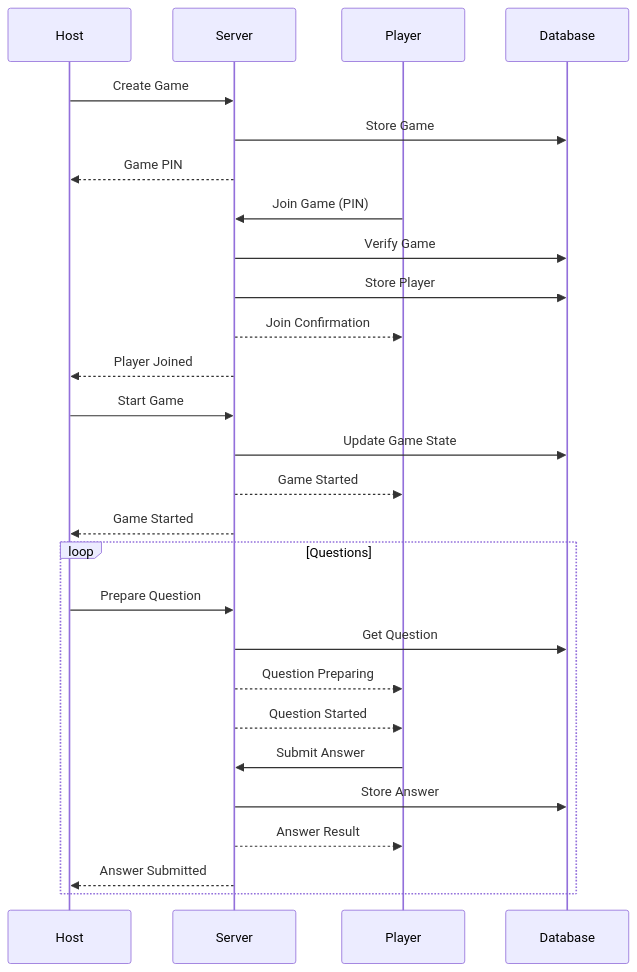
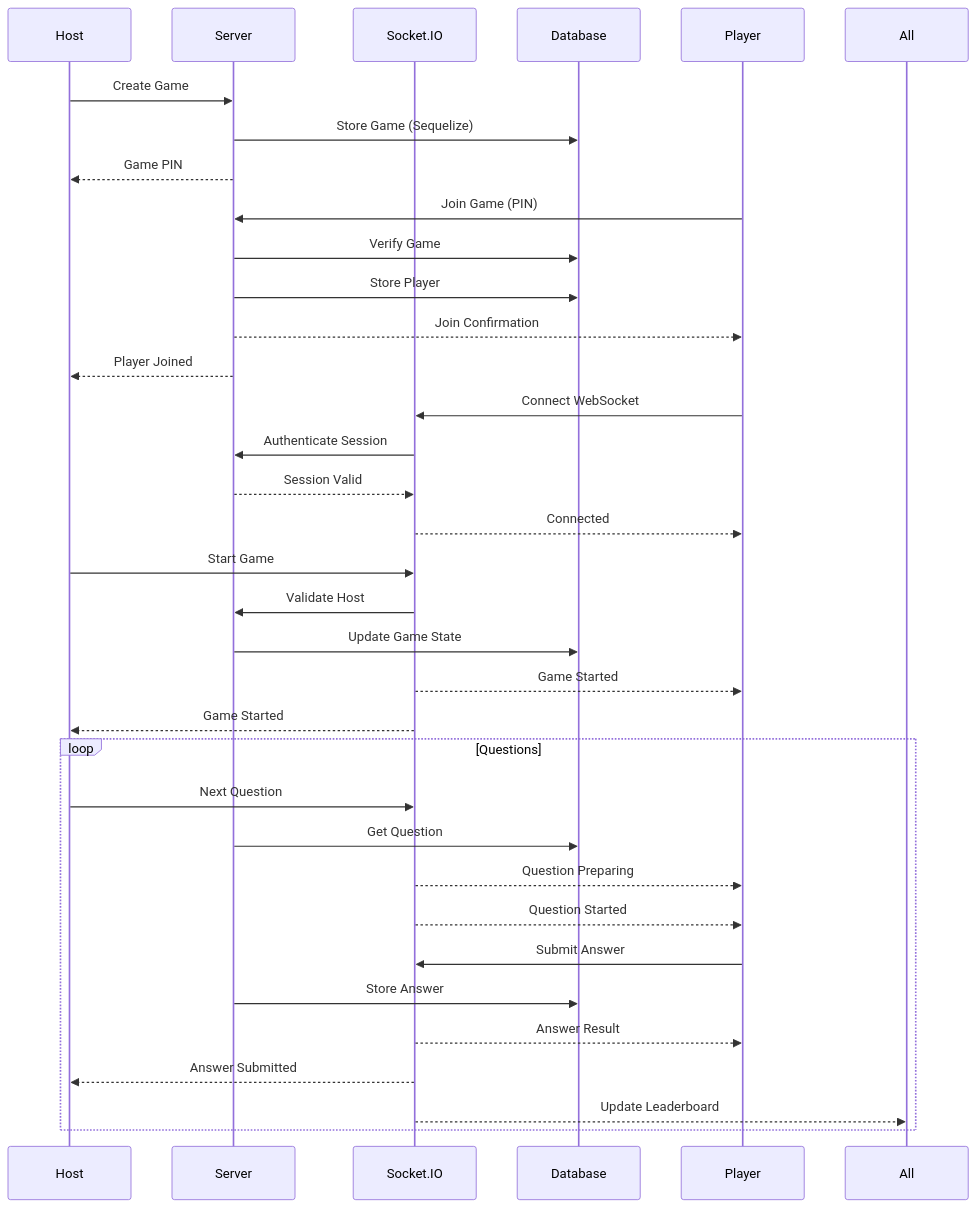
One commit to PoliTwit1984/kentrivia changed the first of 4 diagrams in diagram.md. Above: the diagram before and after it, drawn with Mermaid. The commit also changed other lines of this file and 58 other files, not shown here.

````diff
--- a/diagram.md
+++ b/diagram.md
@@ -5,33 +5,41 @@
 ```mermaid
 sequenceDiagram
     participant Host
     participant Server
+    participant Socket.IO
+    participant Database
     participant Player
-    participant Database
 
     Host->>Server: Create Game
-    Server->>Database: Store Game
+    Server->>Database: Store Game (Sequelize)
     Server-->>Host: Game PIN
 
     Player->>Server: Join Game (PIN)
     Server->>Database: Verify Game
     Server->>Database: Store Player
     Server-->>Player: Join Confirmation
     Server-->>Host: Player Joined
 
-    Host->>Server: Start Game
+    Player->>Socket.IO: Connect WebSocket
+    Socket.IO->>Server: Authenticate Session
+    Server-->>Socket.IO: Session Valid
+    Socket.IO-->>Player: Connected
+
+    Host->>Socket.IO: Start Game
+    Socket.IO->>Server: Validate Host
     Server->>Database: Update Game State
-    Server-->>Player: Game Started
-    Server-->>Host: Game Started
+    Socket.IO-->>Player: Game Started
+    Socket.IO-->>Host: Game Started
 
     loop Questions
-        Host->>Server: Prepare Question
+        Host->>Socket.IO: Next Question
         Server->>Database: Get Question
-        Server-->>Player: Question Preparing
-        Server-->>Player: Question Started
-        Player->>Server: Submit Answer
+        Socket.IO-->>Player: Question Preparing
+        Socket.IO-->>Player: Question Started
+        Player->>Socket.IO: Submit Answer
         Server->>Database: Store Answer
-        Server-->>Player: Answer Result
-        Server-->>Host: Answer Submitted
+        Socket.IO-->>Player: Answer Result
+        Socket.IO-->>Host: Answer Submitted
+        Socket.IO-->>All: Update Leaderboard
     end
 ```
````
